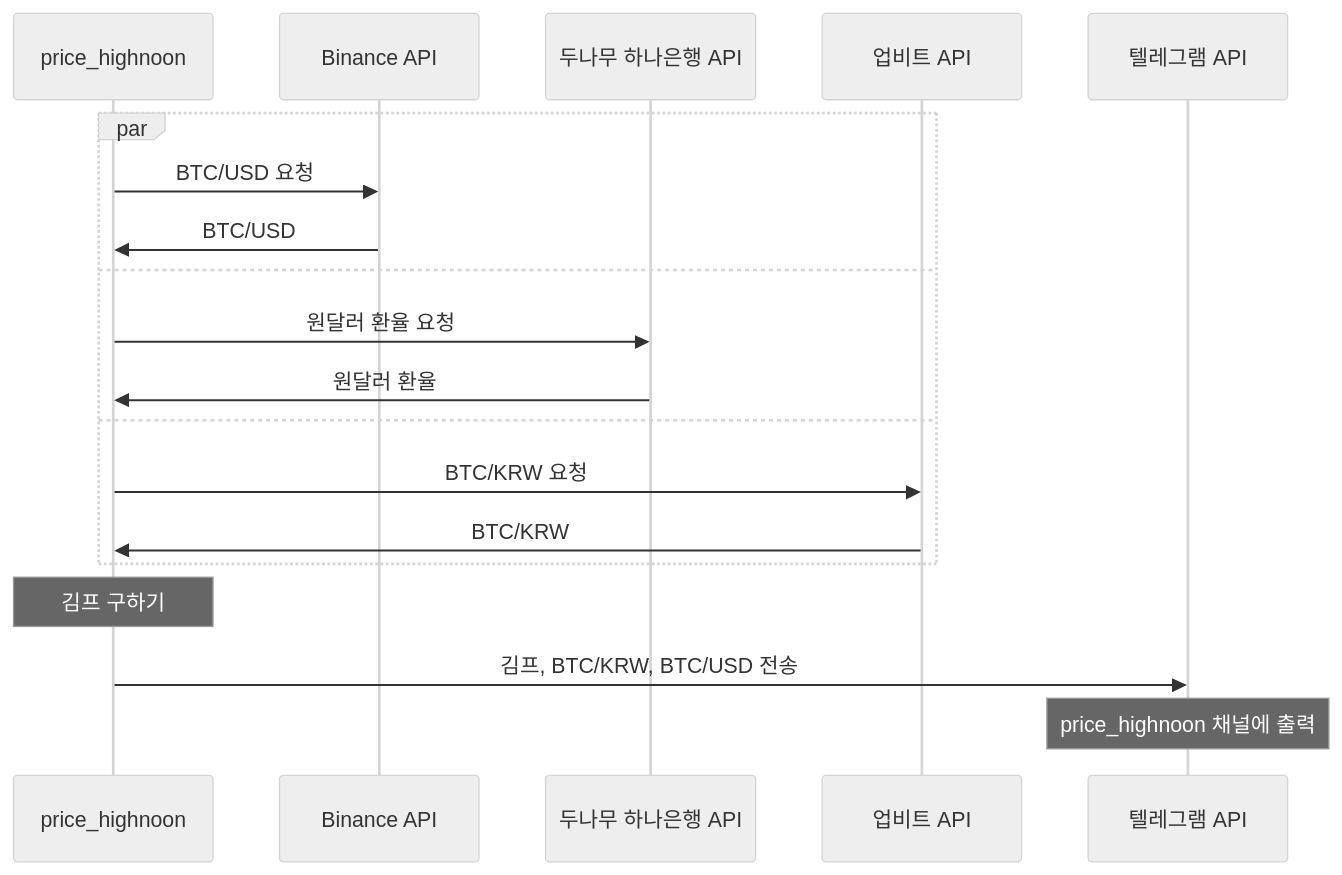
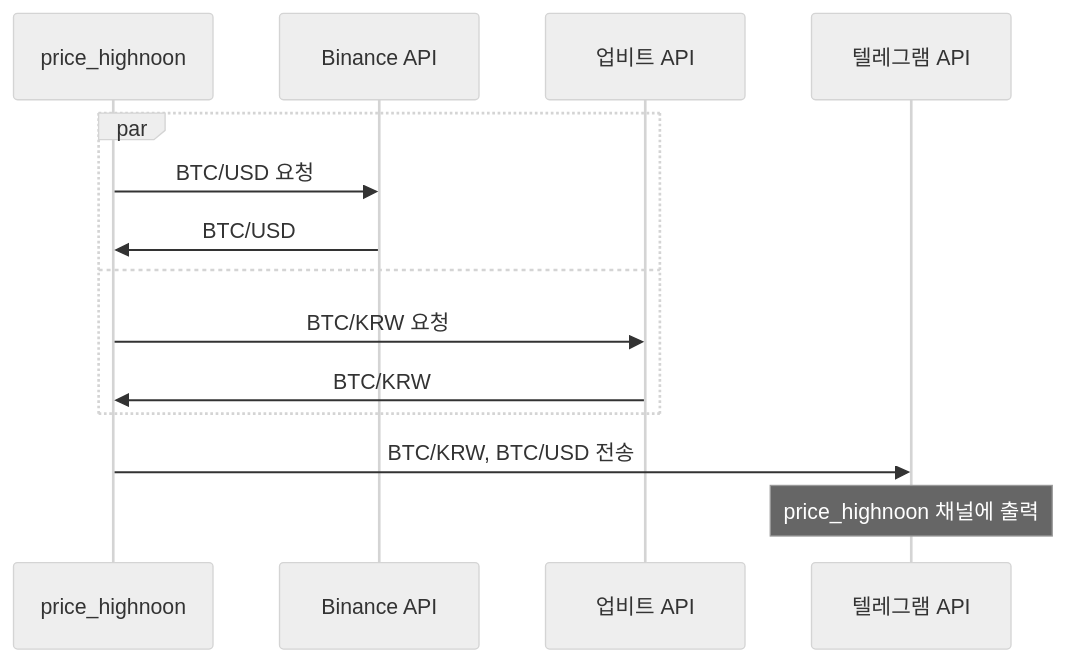
The diagram in readme.md (9033/price_highnoon), drawn with Mermaid (neutral theme) before and after one commit. The commit also changed other lines of this file and 2 other files, not shown here.

````diff
--- a/readme.md
+++ b/readme.md
@@ -20,16 +20,12 @@
 ```mermaid
 sequenceDiagram
 	par
 		price_highnoon->>Binance API: BTC/USD 요청
 		Binance API->>price_highnoon: BTC/USD
 	and
-		price_highnoon->>두나무 하나은행 API: 원달러 환율 요청
-		두나무 하나은행 API->>price_highnoon: 원달러 환율
-	and
 		price_highnoon->>업비트 API: BTC/KRW 요청
 		업비트 API->>price_highnoon: BTC/KRW
 	end
-	Note over price_highnoon: 김프 구하기
-	price_highnoon->>텔레그램 API: 김프, BTC/KRW, BTC/USD 전송
+	price_highnoon->>텔레그램 API: BTC/KRW, BTC/USD 전송
 	Note over 텔레그램 API: price_highnoon 채널에 출력
 ```
````
